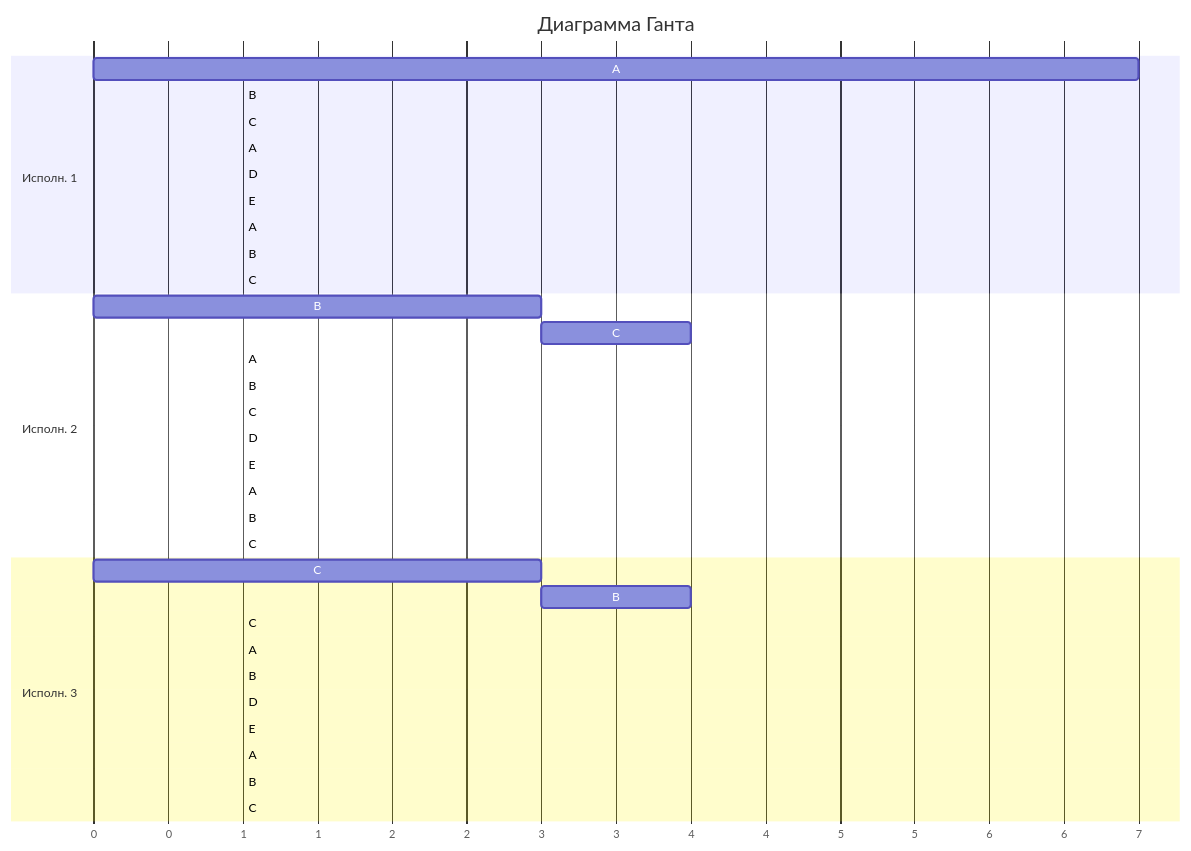
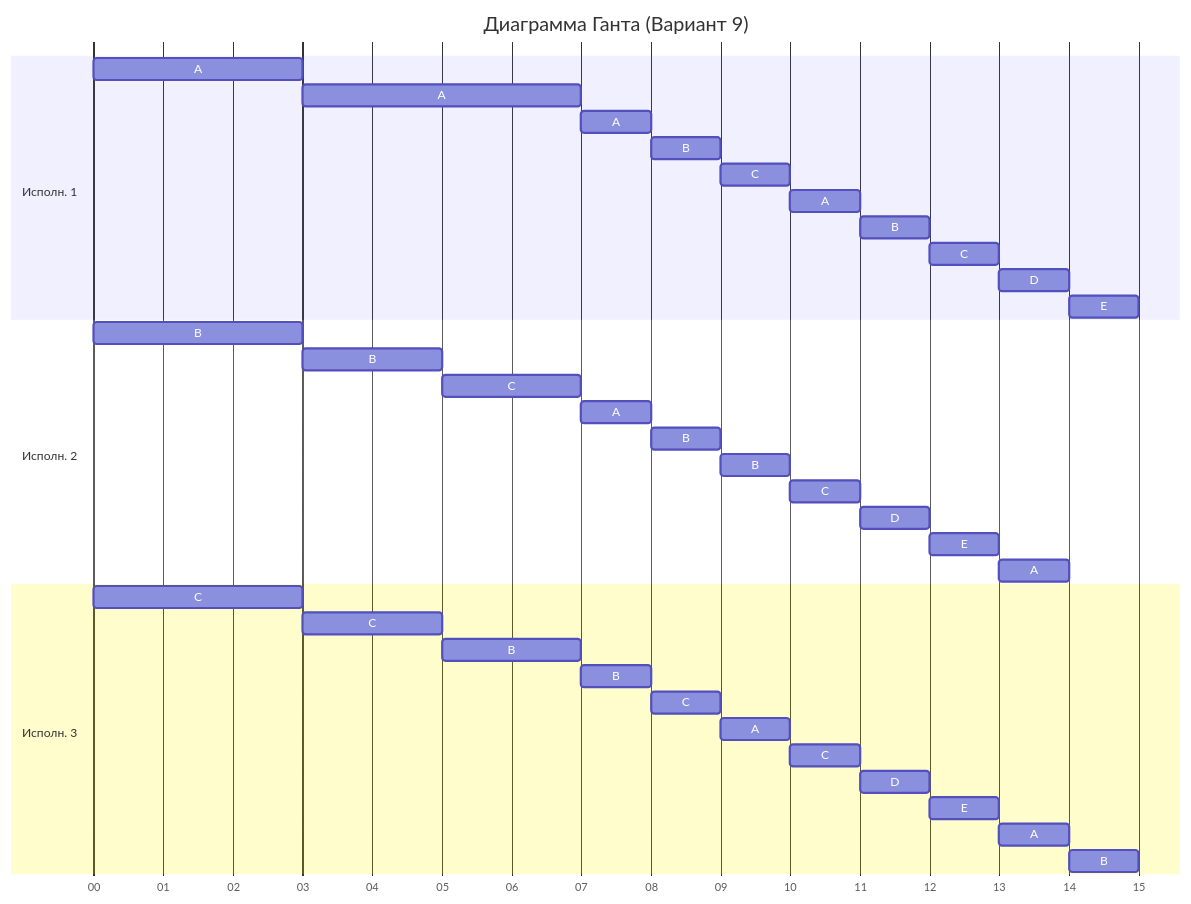
Before and after one commit to algos-ris-24-4/manual-tasks: the diagram in Задание 5/slaaay.md, drawn with Mermaid.

Commit message:
Исправили диаграмму Ганта

````diff
--- a/Задание 5/slaaay.md
+++ b/Задание 5/slaaay.md
@@ -241,39 +241,44 @@
 ```mermaid
 gantt
-    title Диаграмма Ганта
-    dateFormat X
-    axisFormat %s
-    tickInterval 1
+    title Диаграмма Ганта (Вариант 9)
+    dateFormat  mm
+    axisFormat %M
+    tickInterval 1minute
+
     section Исполн. 1
-    A : a1, 0, 7
-    B : b1, after a1, 1
-    C : c1, after b1, 1
-    A : a2, after c1, 1
-    D : d1, after a2, 1
-    E : e1, after d1, 1
-    A : a3, after e1, 1
-    B : b2, after a3, 1
-    C : c2, after b2, 1
+    A : a11, 0, 3m
+    A : a12, after a11, 4m
+    A : a13, after a12, 1m
+    B : b11, after a13, 1m
+    C : c11, after b11, 1m
+    A : a14, after c11, 1m
+    B : b12, after a14, 1m
+    C : c12, after b12, 1m
+    D : d11, after c12, 1m
+    E : e11, after d11, 1m
+
     section Исполн. 2
-    B : b3, 0, 3
-    C : c3, after b3, 4
-    A : a4, after c3, 1
-    B : b4, after a4, 1
-    C : c4, after b4, 1
-    D : d2, after c4, 1
-    E : e2, after d2, 1
-    A : a5, after e2, 1
-    B : b5, after a5, 1
-    C : c5, after b5, 1
+    B : b21, 0, 3m
+    B : b22, after b21, 2m
+    C : c21, after b22, 2m
+    A : a21, after c21, 1m
+    B : b23, after a21, 1m
+    B : b24, after b23, 1m
+    C : c22, after b24, 1m
+    D : d21, after c22, 1m
+    E : e21, after d21, 1m
+    A : a22, after e21, 1m
+
     section Исполн. 3
-    C : c6, 0, 3
-    B : b6, after c6, 4
-    C : c7, after b6, 1
-    A : a6, after c7, 1
-    B : b7, after a6, 1
-    D : d3, after b7, 1
-    E : e3, after d3, 1
-    A : a7, after e3, 1
-    B : b8, after a7, 1
-    C : c8, after b8, 1
+    C : c31, 0, 3m
+    C : c32, after c31, 2m
+    B : b31, after c32, 2m
+    B : b32, after b31, 1m
+    C : c33, after b32, 1m
+    A : a31, after c33, 1m
+    C : c34, after a31, 1m
+    D : d31, after c34, 1m
+    E : e31, after d31, 1m
+    A : a32, after e31, 1m
+    B : b33, after a32, 1m
 ```
````
